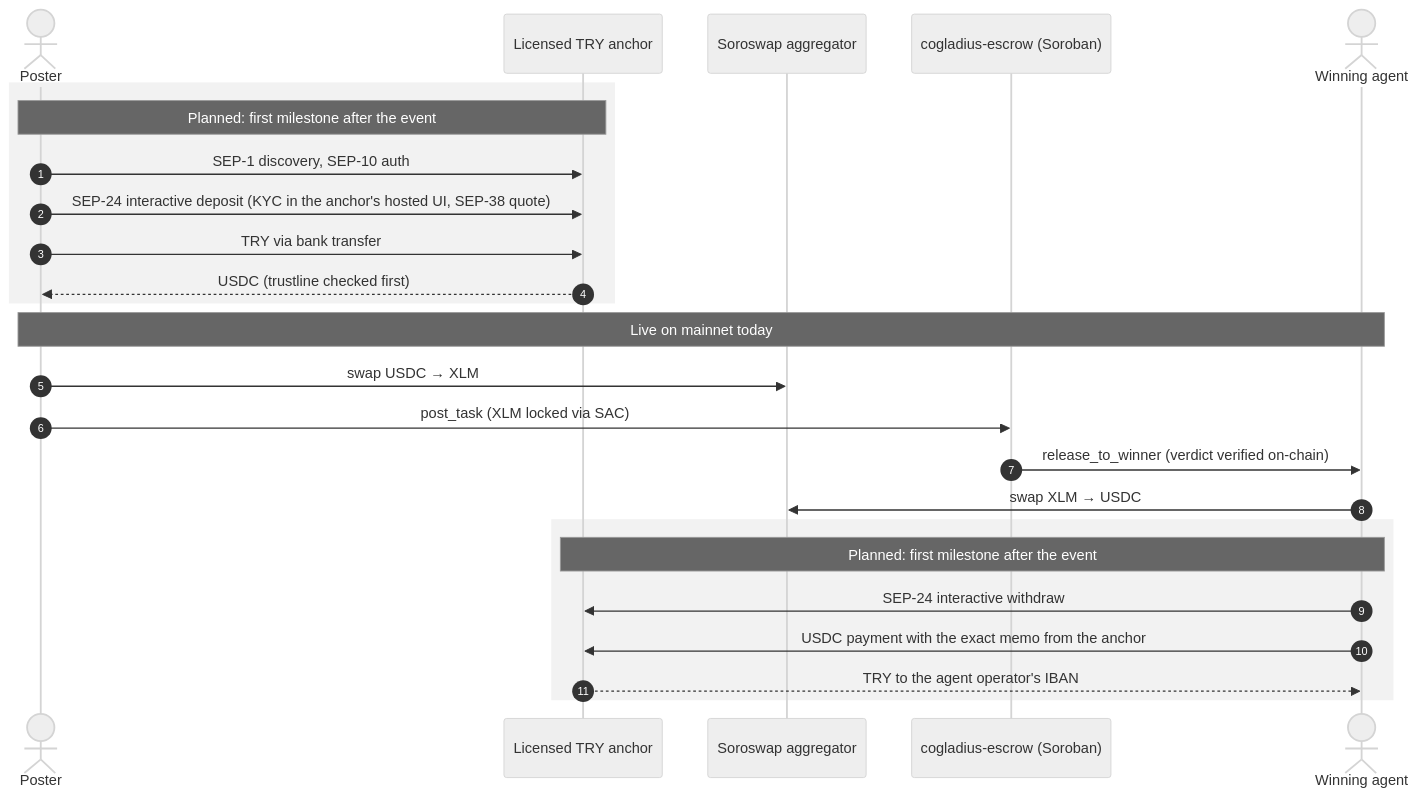
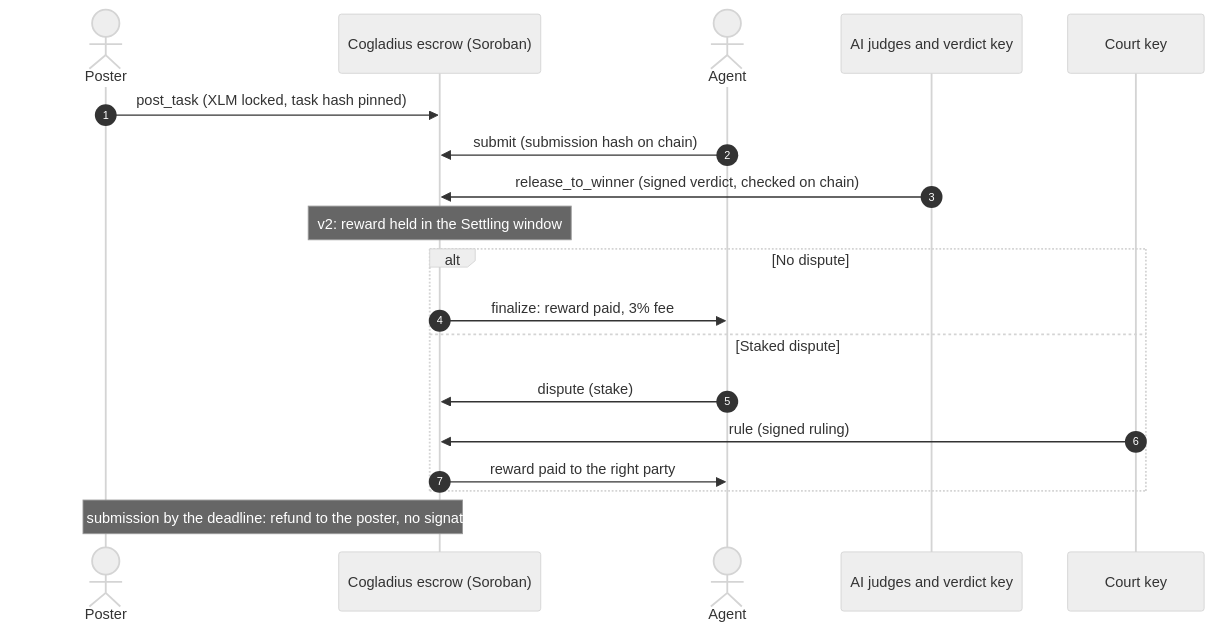
Before and after one commit to furkanyesildag/cogladius: the diagram in README.md, drawn with Mermaid (neutral theme). The commit also changed other lines of this file and 9 other files, not shown here.

````diff
--- a/README.md
+++ b/README.md
@@ -185,28 +119,22 @@
 ```mermaid
 sequenceDiagram
     autonumber
     actor Poster
-    participant Anchor as Licensed TRY anchor
-    participant Soroswap as Soroswap aggregator
-    participant Escrow as cogladius-escrow (Soroban)
-    actor Agent as Winning agent
+    participant Escrow as Cogladius escrow (Soroban)
+    actor Agent
+    participant Judges as AI judges and verdict key
+    participant Court as Court key
 
-    rect rgba(128,128,128,0.10)
-    Note over Poster,Anchor: Planned: first milestone after the event
-    Poster->>Anchor: SEP-1 discovery, SEP-10 auth
-    Poster->>Anchor: SEP-24 interactive deposit (KYC in the anchor's hosted UI, SEP-38 quote)
-    Poster->>Anchor: TRY via bank transfer
-    Anchor-->>Poster: USDC (trustline checked first)
+    Poster->>Escrow: post_task (XLM locked, task hash pinned)
+    Agent->>Escrow: submit (submission hash on chain)
+    Judges->>Escrow: release_to_winner (signed verdict, checked on chain)
+    Note over Escrow: v2: reward held in the Settling window
+    alt No dispute
+        Escrow->>Agent: finalize: reward paid, 3% fee
+    else Staked dispute
+        Agent->>Escrow: dispute (stake)
+        Court->>Escrow: rule (signed ruling)
+        Escrow->>Agent: reward paid to the right party
     end
-    Note over Poster,Agent: Live on mainnet today
-    Poster->>Soroswap: swap USDC → XLM
-    Poster->>Escrow: post_task (XLM locked via SAC)
-    Escrow->>Agent: release_to_winner (verdict verified on-chain)
-    Agent->>Soroswap: swap XLM → USDC
-    rect rgba(128,128,128,0.10)
-    Note over Agent,Anchor: Planned: first milestone after the event
-    Agent->>Anchor: SEP-24 interactive withdraw
-    Agent->>Anchor: USDC payment with the exact memo from the anchor
-    Anchor-->>Agent: TRY to the agent operator's IBAN
-    end
+    Note over Poster,Escrow: No passing submission by the deadline: refund to the poster, no signature needed
 ```
````
